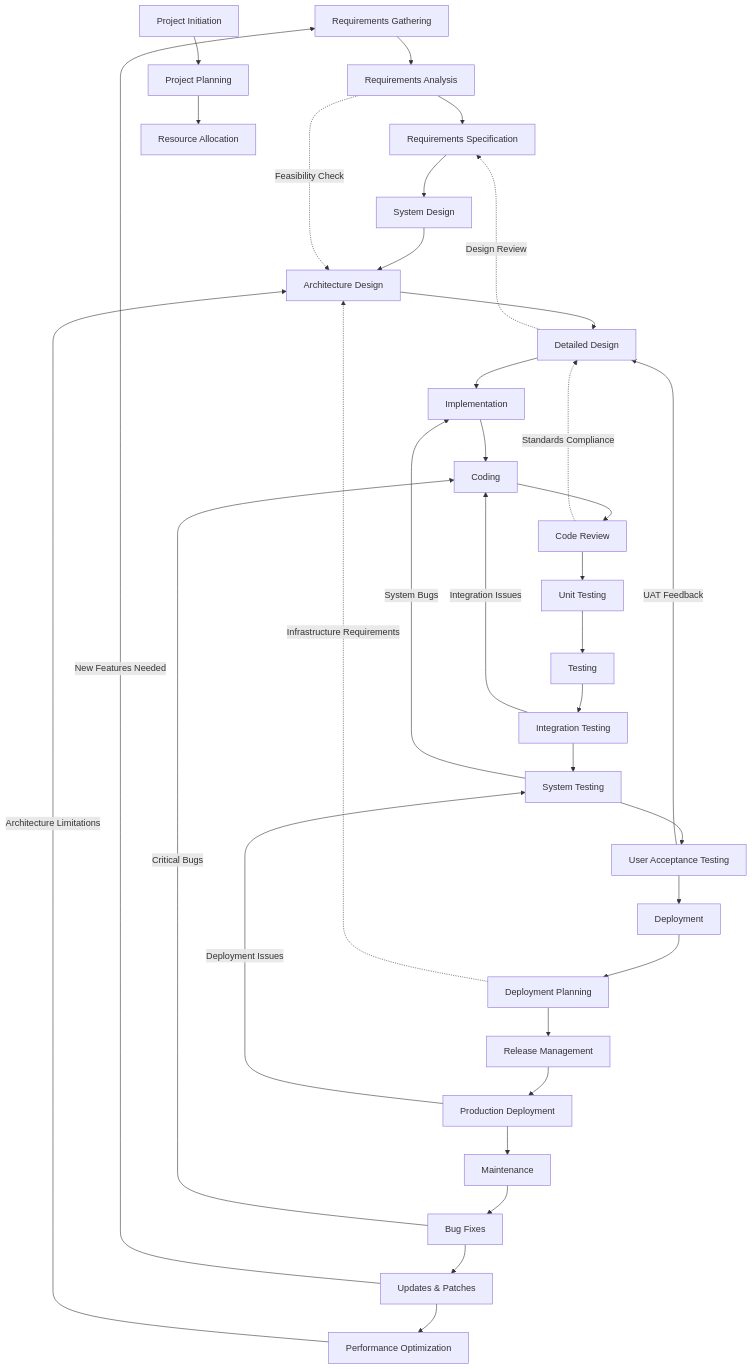
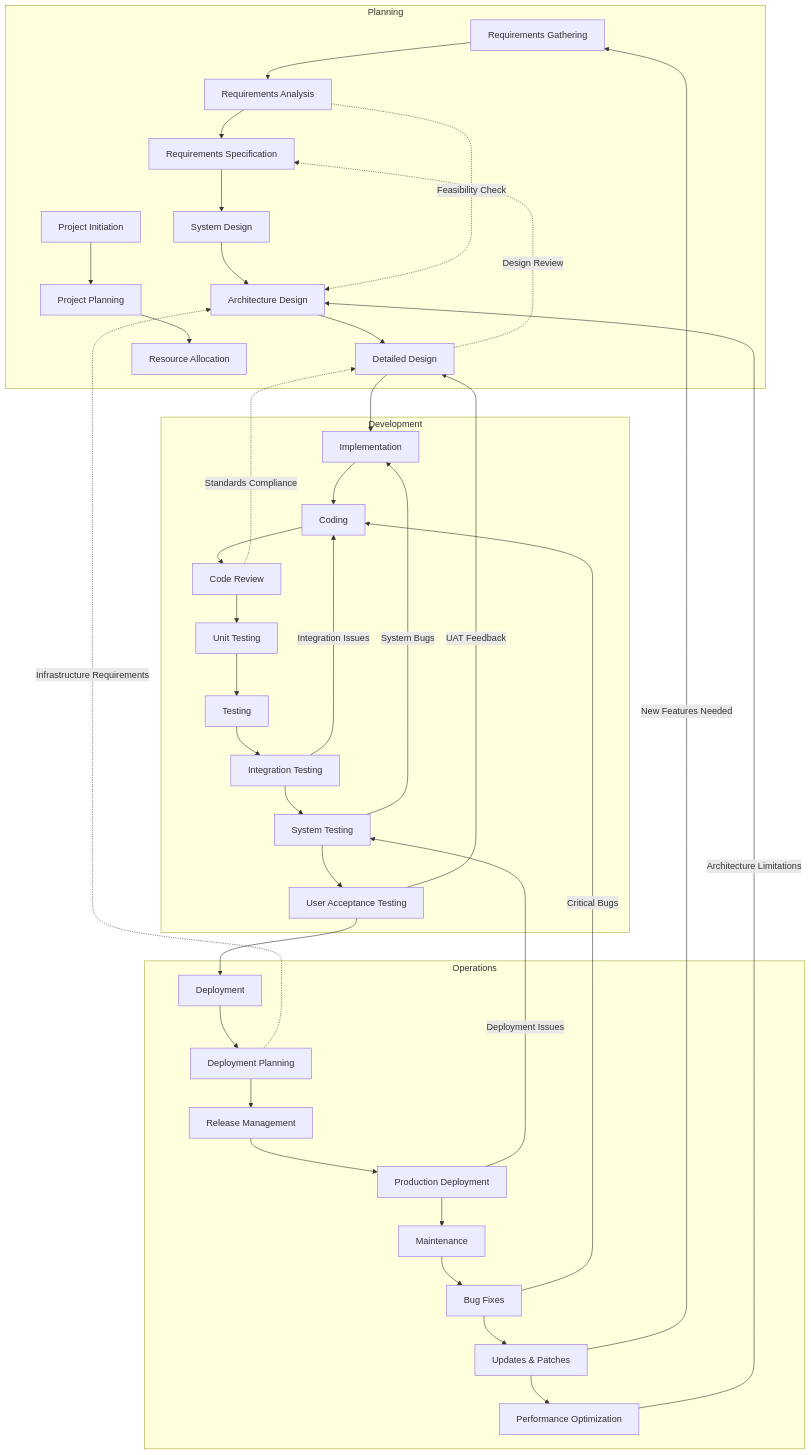
One commit to isauravmanitripathi/Animate-Mermaid-Chart changed the diagram in temp-charts/flowchart_sequence/image_35.mmd. Above: the diagram before and after it, drawn with Mermaid. The commit also changed 58 other files, not shown here.

Commit message:
added proper working diagrams

```diff
--- a/temp-charts/flowchart_sequence/image_35.mmd
+++ b/temp-charts/flowchart_sequence/image_35.mmd
@@ -1,35 +1,69 @@
 flowchart TD
-A[Requirements Gathering] --> A1[Requirements Analysis]
-A1 --> A2[Requirements Specification]
-A2 --> B[System Design]
-B --> B1[Architecture Design]
-B1 --> B2[Detailed Design]
-B2 --> C[Implementation]
-C --> C1[Coding]
-C1 --> C2[Code Review]
-C2 --> C3[Unit Testing]
-C3 --> D[Testing]
-D --> D1[Integration Testing]
-D1 --> D2[System Testing]
-D2 --> D3[User Acceptance Testing]
-D3 --> E[Deployment]
-E --> E1[Deployment Planning]
-E1 --> E2[Release Management]
-E2 --> E3[Production Deployment]
-E3 --> F[Maintenance]
-F --> F1[Bug Fixes]
-F1 --> F2[Updates & Patches]
-F2 --> F3[Performance Optimization]
-D1 -->|Integration Issues| C1
-D2 -->|System Bugs| C
-D3 -->|UAT Feedback| B2
-E3 -->|Deployment Issues| D2
-F1 -->|Critical Bugs| C1
-F2 -->|New Features Needed| A
-F3 -->|Architecture Limitations| B1
-A1 -.->|Feasibility Check| B1
-B2 -.->|Design Review| A2
-C2 -.->|Standards Compliance| B2
-E1 -.->|Infrastructure Requirements| B1
-PM[Project Initiation] --> PM1[Project Planning]
-PM1 --> PM2[Resource Allocation]
+    A[Requirements Gathering] --> A1[Requirements Analysis]
+    A1 --> A2[Requirements Specification]
+    A2 --> B[System Design]
+    B --> B1[Architecture Design]
+    B1 --> B2[Detailed Design]
+    B2 --> C[Implementation]
+    C --> C1[Coding]
+    C1 --> C2[Code Review]
+    C2 --> C3[Unit Testing]
+    C3 --> D[Testing]
+    D --> D1[Integration Testing]
+    D1 --> D2[System Testing]
+    D2 --> D3[User Acceptance Testing]
+    D3 --> E[Deployment]
+    E --> E1[Deployment Planning]
+    E1 --> E2[Release Management]
+    E2 --> E3[Production Deployment]
+    E3 --> F[Maintenance]
+    F --> F1[Bug Fixes]
+    F1 --> F2[Updates & Patches]
+    F2 --> F3[Performance Optimization]
+    D1 -->|Integration Issues| C1
+    D2 -->|System Bugs| C
+    D3 -->|UAT Feedback| B2
+    E3 -->|Deployment Issues| D2
+    F1 -->|Critical Bugs| C1
+    F2 -->|New Features Needed| A
+    F3 -->|Architecture Limitations| B1
+    A1 -.->|Feasibility Check| B1
+    B2 -.->|Design Review| A2
+    C2 -.->|Standards Compliance| B2
+    E1 -.->|Infrastructure Requirements| B1
+    PM[Project Initiation] --> PM1[Project Planning]
+    PM1 --> PM2[Resource Allocation]
+
+subgraph Planning
+A
+A1
+A2
+B
+B1
+B2
+PM
+PM1
+PM2
+end
+
+subgraph Development
+C
+C1
+C2
+C3
+D
+D1
+D2
+D3
+end
+
+subgraph Operations
+E
+E1
+E2
+E3
+F
+F1
+F2
+F3
+end
```
